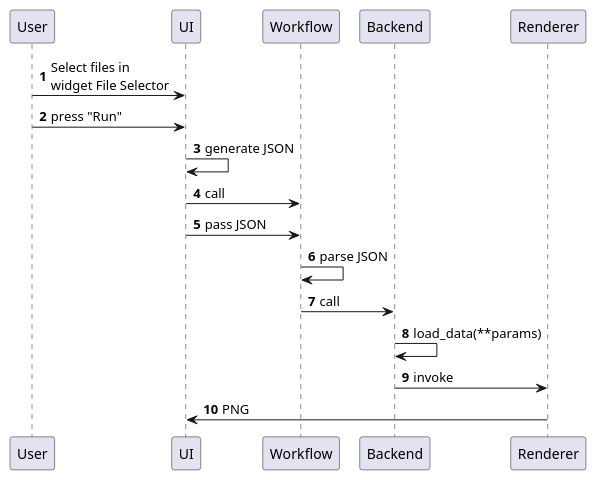
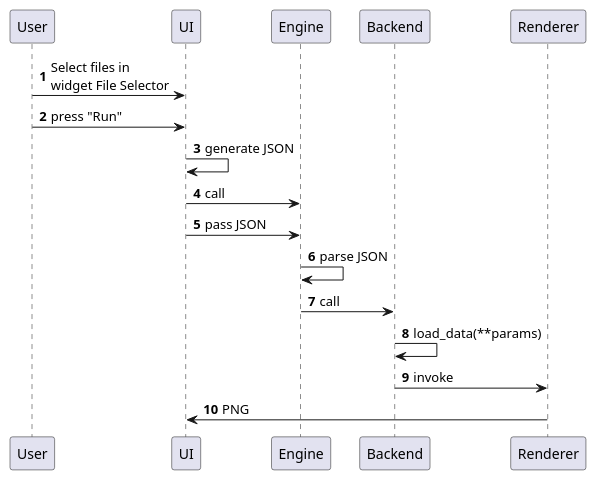
One commit to ornlneutronimaging/iMars3D changed the diagram in docs/developer/media/load_data.puml. Above: the diagram before and after it, drawn with PlantUML. The commit also changed 2 other files, not shown here.

Commit message:
comment on the workflow state manager

```diff
--- a/docs/developer/media/load_data.puml
+++ b/docs/developer/media/load_data.puml
@@ -1,17 +1,17 @@
 @startuml
 'https://plantuml.com/sequence-diagram
 
 autonumber
 
 "User" -> "UI" : Select files in\nwidget File Selector
 "User" -> "UI" : press "Run"
 "UI"   -> "UI" : generate JSON
-"UI"   -> "Workflow" : call
-"UI"   -> "Workflow" : pass JSON
-"Workflow" -> "Workflow" : parse JSON
-"Workflow" -> "Backend" : call
+"UI"   -> "Engine" : call
+"UI"   -> "Engine" : pass JSON
+"Engine" -> "Engine" : parse JSON
+"Engine" -> "Backend" : call
 "Backend"  -> "Backend": load_data(**params)
 "Backend"  -> "Renderer": invoke
 "Renderer" -> "UI":  PNG
 
 @enduml
```
